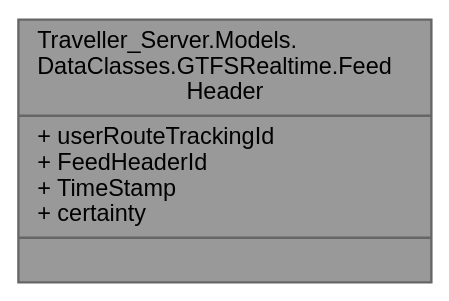
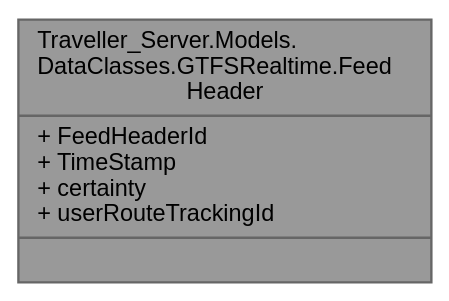
The diagram in Servidor/class_traveller___server_1_1_models_1_1_data_classes_1_1_g_t_f_s_realtime_1_1_feed_header__coll__graph.dot (VenelinArgirov/manual-tecnico.github.io), drawn with Graphviz before and after one commit. The commit also changed 1719 other files, not shown here.

```diff
--- a/Servidor/class_traveller___server_1_1_models_1_1_data_classes_1_1_g_t_f_s_realtime_1_1_feed_header__coll__graph.dot
+++ b/Servidor/class_traveller___server_1_1_models_1_1_data_classes_1_1_g_t_f_s_realtime_1_1_feed_header__coll__graph.dot
@@ -1,8 +1,8 @@
 digraph "Traveller_Server.Models.DataClasses.GTFSRealtime.FeedHeader"
 {
  // LATEX_PDF_SIZE
   bgcolor="transparent";
   edge [fontname=Helvetica,fontsize=10,labelfontname=Helvetica,labelfontsize=10];
   node [fontname=Helvetica,fontsize=10,shape=box,height=0.2,width=0.4];
-  Node1 [shape=record,label="{Traveller_Server.Models.\lDataClasses.GTFSRealtime.Feed\lHeader\n|+ userRouteTrackingId\l+ FeedHeaderId\l+ TimeStamp\l+ certainty\l|}",height=0.2,width=0.4,color="gray40", fillcolor="grey60", style="filled", fontcolor="black",tooltip="Metada about a message feed."];
+  Node1 [shape=record,label="{Traveller_Server.Models.\lDataClasses.GTFSRealtime.Feed\lHeader\n|+ FeedHeaderId\l+ TimeStamp\l+ certainty\l+ userRouteTrackingId\l|}",height=0.2,width=0.4,color="gray40", fillcolor="grey60", style="filled", fontcolor="black",tooltip="Metada about a message feed."];
 }
```
